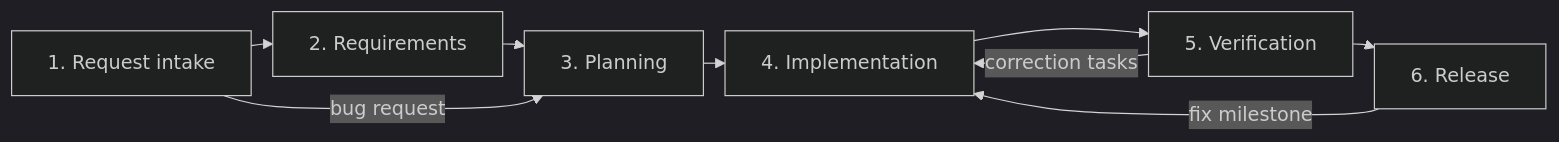
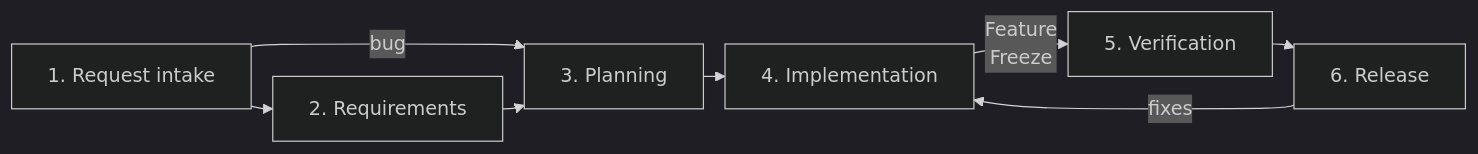
One commit to lyndametref/opencode-dev-workflow changed the diagram in workflows/orchestrator/0-End-to-End.md. Above: the diagram before and after it, drawn with Mermaid (dark theme). The commit also changed other lines of this file and 1 other file, not shown here.

````diff
--- a/workflows/orchestrator/0-End-to-End.md
+++ b/workflows/orchestrator/0-End-to-End.md
@@ -5,12 +5,11 @@
 ```mermaid
 %%{init: {"flowchart": {"nodeSpacing": 10, "rankSpacing": 18}}}%%
 flowchart LR
     INTAKE["1. Request intake"] --> REQS["2. Requirements"]
+    INTAKE["1. Request intake"] -->|"bug"| PLAN
     REQS --> PLAN["3. Planning"]
-    INTAKE -->|"bug request"| PLAN
     PLAN --> IMPL["4. Implementation"]
-    IMPL --> VER["5. Verification"]
-    VER -->|"correction tasks"| IMPL
-    VER --> REL["6. Release"]
-    REL -->|"fix milestone"| IMPL
+    IMPL --> |"Feature<br/>Freeze"| VER["5. Verification"]
+    VER -->  REL["6. Release"]
+    REL -->|"fixes"| IMPL
 ```
````
